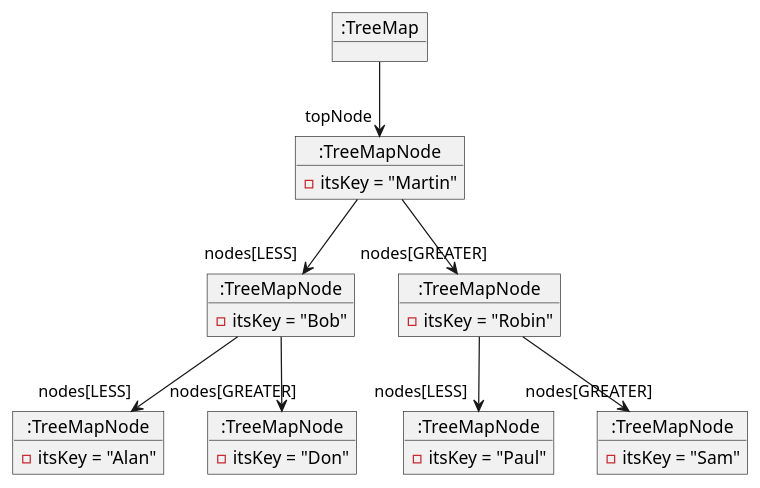
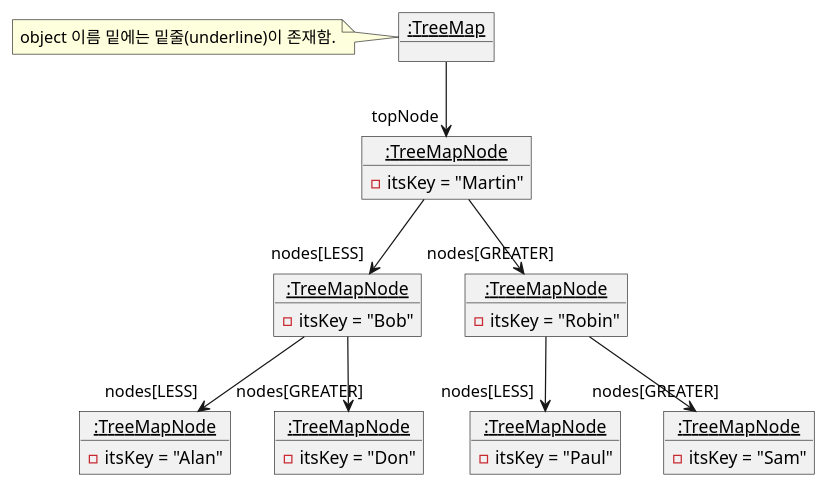
The diagram in Chater 1/Figure_1.3.puml (JongSeob/Draw-UML-in-UML-for-JAVA), drawn with PlantUML before and after one commit. The commit also changed 9 other files, not shown here.

Commit message:
update Chater 1 png, puml to emphasize object with underline

```diff
--- a/Chater 1/Figure_1.3.puml
+++ b/Chater 1/Figure_1.3.puml
@@ -1,46 +1,50 @@
-@startuml TreeMap_ObjectDiagram
+@startuml Figure_1.3
+' TreeMap_ObjectDiagram
 
 ' NOTE:
 ' 뒤에 as TreeMap 없이 object ":TreeMap" 만 사용하는 경우 에러 발생.
 ' as를 사용하여 좌측의 문자열이 raw string임을 명시해주어야 예약어를 포함한
 ' 모든 문자를 이름에 사용할 수 있다.
 ' Level 0
-object ":TreeMap" as TreeMap {
+object "<u>:TreeMap</u>" as TreeMap {
 }
+note left of TreeMap
+object 이름 밑에는 밑줄(underline)이 존재함.
+endnote
 ' Level 1
-object ":TreeMapNode" as node0 {
+object "<u>:TreeMapNode</u>" as node0 {
     - itsKey = "Martin"
 }
 ' Level 2
-object ":TreeMapNode" as node1 {
+object "<u>:TreeMapNode</u>" as node1 {
     - itsKey = "Bob"
 }
-object ":TreeMapNode" as node2 {
+object "<u>:TreeMapNode</u>" as node2 {
     - itsKey = "Robin"
 }
 ' Level 3
-object ":TreeMapNode" as node3 {
+object "<u>:TreeMapNode</u>" as node3 {
     - itsKey = "Alan"
 }
-object ":TreeMapNode" as node4 {
+object "<u>:TreeMapNode</u>" as node4 {
     - itsKey = "Don"
 }
-object ":TreeMapNode" as node5 {
+object "<u>:TreeMapNode</u>" as node5 {
     - itsKey = "Paul"
 }
-object ":TreeMapNode" as node6 {
+object "<u>:TreeMapNode</u>" as node6 {
     - itsKey = "Sam"
 }
 
 TreeMap -down-> "topNode" node0
 
 node0 -down-> "nodes[LESS]"    node1
 node0 -down-> "nodes[GREATER]" node2
 
 node1 -down-> "nodes[LESS]"    node3
 node1 -down-> "nodes[GREATER]" node4
 
 node2 -down-> "nodes[LESS]"    node5
 node2 -down-> "nodes[GREATER]" node6
 
 @enduml
```
